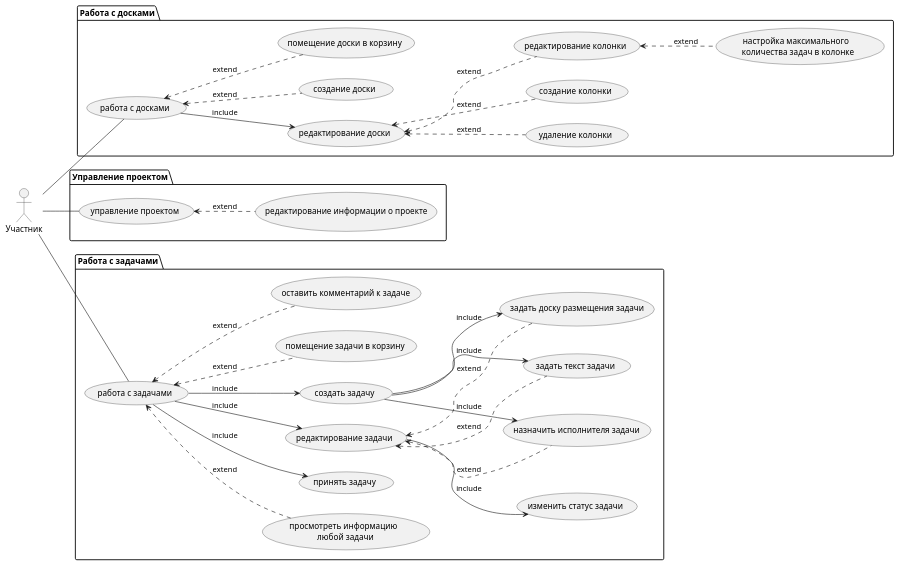
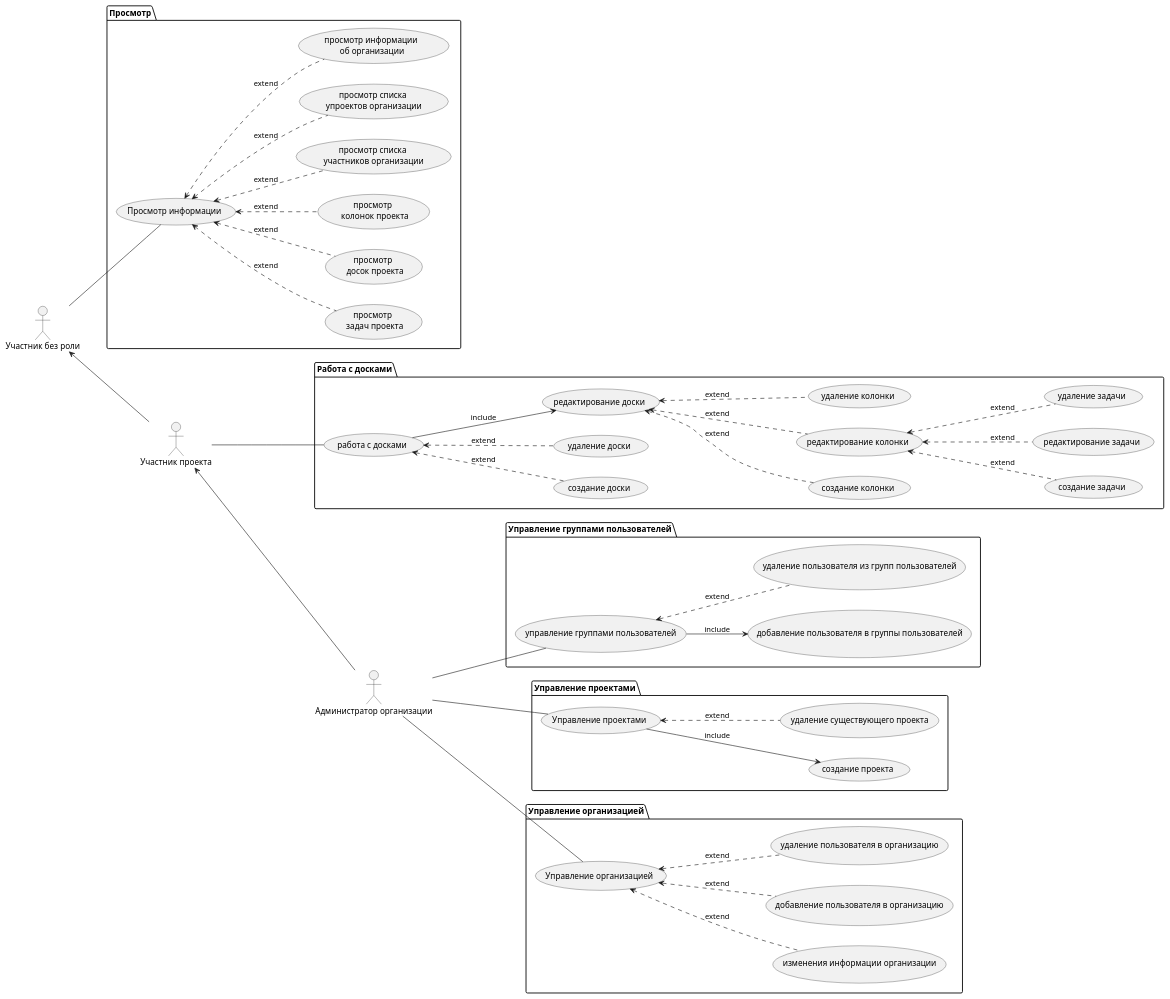
Before and after one commit to HandsAndKeyboards/TFlic: the diagram in doc/diagrams/use case/user use case.puml, drawn with PlantUML. The commit also changed 1 other file, not shown here.

Commit message:
изменил диаграмму use case

```diff
--- a/doc/diagrams/use case/user use case.puml
+++ b/doc/diagrams/use case/user use case.puml
@@ -1,53 +1,100 @@
 @startuml
 left to right direction
     
-:Участник: as member
+:Участник проекта: as member
+:Участник без роли: as member2
+
+member -u-> member2
+package "Просмотр" {
+    (Просмотр информации) as watch
+        member2 -- watch
+        
+    watch <.. (просмотр \n задач проекта): extend
+    watch <.. (просмотр \n досок проекта): extend
+    watch <.. (просмотр \n колонок проекта): extend
+    watch <.. (просмотр списка \nучастников организации): extend
+    watch <.. (просмотр списка \nупроектов организации): extend
+    watch <.. (просмотр информации \nоб организации): extend
+}
 
 package "Работа с досками" {
     (работа с досками) as workOnBoards
     member -- workOnBoards
     
     workOnBoards <.. (создание доски) : extend
-    workOnBoards <.. (помещение доски в корзину) : extend
+    workOnBoards <.. (удаление доски) : extend
     
     (редактирование доски) as boardEdit
     workOnBoards --> boardEdit : include
     
     boardEdit <.. (создание колонки) : extend
     boardEdit <.. (редактирование колонки) : extend
     boardEdit <.. (удаление колонки) : extend
     
-    (редактирование колонки) <.. (настройка максимального \n количества задач в колонке) : extend
+    '(редактирование колонки) <.. (настройка максимального \n количества задач в колонке) : extend
+    (редактирование колонки) <.. (создание задачи) : extend
+    (редактирование колонки) <.. (редактирование задачи) : extend
+    (редактирование колонки) <.. (удаление задачи) : extend
 }
 
-package "Управление проектом" {
-    (управление проектом) as projectManaging
-    member -- projectManaging
+'package "Управление проектом" {
+'    (управление проектом) as projectManaging
+'    member -- projectManaging
+'    
+'    projectManaging <.. (редактирование информации о проекте) : extend 
+'}
+
+'package "Работа с задачами" {
+'    (работа с задачами) as workWithTask
+'    member -- workWithTask
+'    workWithTask <.. (помещение задачи в корзину) : extend
+'    workWithTask <.. (оставить комментарий к задаче) : extend
+'    workWithTask --> (принять задачу) : include
+'    
+'    (создать задачу) as createTask
+'    workWithTask --> createTask : include
+'    createTask --> (задать доску размещения задачи) : include
+'    createTask --> (назначить исполнителя задачи) : include
+'    createTask --> (задать текст задачи) : include
+'
+'    (редактирование задачи) as editTask
+'    workWithTask --> editTask : include
+'    editTask <.. (задать доску размещения задачи) : extend
+'    editTask <.. (назначить исполнителя задачи) : extend
+'
+'    editTask <.. (задать текст задачи) : extend
+'    editTask --> (изменить статус задачи) : include
+'}
+
+':Участник организации: as member 
+:Администратор организации: as adminOrg
+adminOrg -u-> member
+
+package "Управление группами пользователей" {
+    (управление группами пользователей) as userGroupManaging
+    adminOrg -- userGroupManaging
     
-    projectManaging <.. (редактирование информации о проекте) : extend 
+    userGroupManaging --> (добавление пользователя в группы пользователей) : include
+    userGroupManaging <.. (удаление пользователя из групп пользователей) : extend   
 }
 
-package "Работа с задачами" {
-    (работа с задачами) as workWithTask
-    member -- workWithTask
-    workWithTask <.. (помещение задачи в корзину) : extend
-    workWithTask <.. (оставить комментарий к задаче) : extend
-    workWithTask <.. (просмотреть информацию \n любой задачи) : extend
-    workWithTask --> (принять задачу) : include
+package "Управление проектами" {
+    (Управление проектами) as projectsManaging
+    adminOrg -- projectsManaging
     
-    (создать задачу) as createTask
-    workWithTask --> createTask : include
-    createTask --> (задать доску размещения задачи) : include
-    createTask --> (назначить исполнителя задачи) : include
-    createTask --> (задать текст задачи) : include
-
-    (редактирование задачи) as editTask
-    workWithTask --> editTask : include
-    editTask <.. (задать доску размещения задачи) : extend
-    editTask <.. (назначить исполнителя задачи) : extend
-
-    editTask <.. (задать текст задачи) : extend
-    editTask --> (изменить статус задачи) : include
+    projectsManaging --> (создание проекта) : include
+    projectsManaging <.. (удаление существующего проекта) : extend   
 }
 
+package "Управление организацией" {
+    (Управление организацией) as orgManaging
+    adminOrg -- orgManaging
+    
+    orgManaging <.. (изменения информации организации) : extend
+    orgManaging <.. (добавление пользователя в организацию) : extend   
+    orgManaging <.. (удаление пользователя в организацию) : extend   
+}
+
+
+
 @enduml
```
